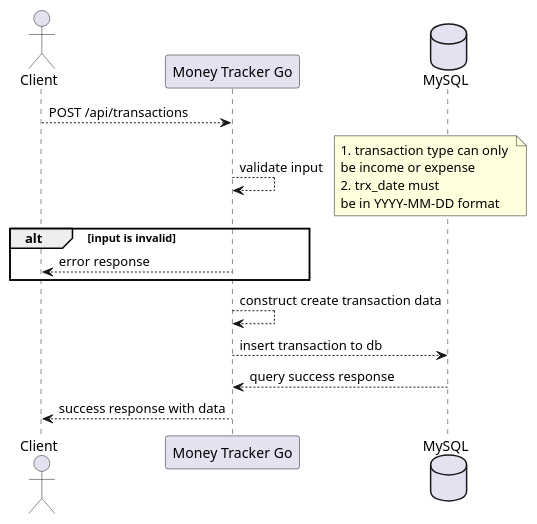
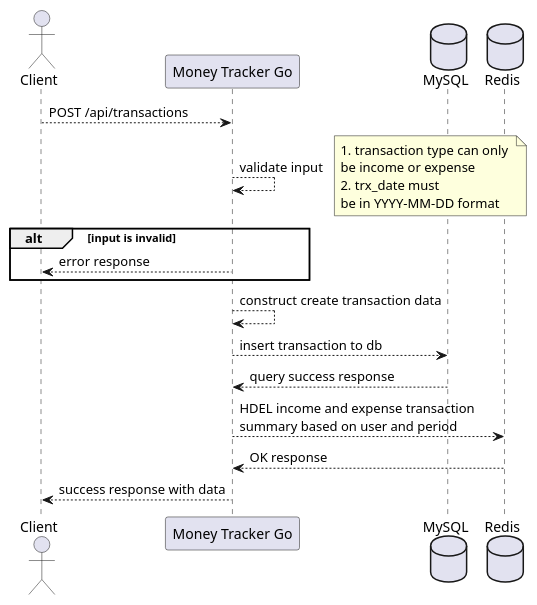
The diagram in docs/diagrams/sequence/transaction/create_transaction.puml (ertantorizkyf/money-tracker-go), drawn with PlantUML before and after one commit. The commit also changed 3 other files, not shown here.

Commit message:
Delete summary redis data on transaction creation and update

```diff
--- a/docs/diagrams/sequence/transaction/create_transaction.puml
+++ b/docs/diagrams/sequence/transaction/create_transaction.puml
@@ -1,23 +1,26 @@
 @startuml Create Transaction
 
 actor "Client" as client
 participant "Money Tracker Go" as server
 database "MySQL" as db
+database "Redis" as redis
 
 client --> server : POST /api/transactions
 server --> server : validate input
 note right
   1. transaction type can only 
   be income or expense
   2. trx_date must 
   be in YYYY-MM-DD format
 end note
 alt input is invalid
   server --> client : error response
 end
 server --> server : construct create transaction data
 server --> db : insert transaction to db
 db --> server : query success response
+server --> redis : HDEL income and expense transaction \nsummary based on user and period
+redis --> server : OK response
 server --> client : success response with data
 
 @enduml
```
